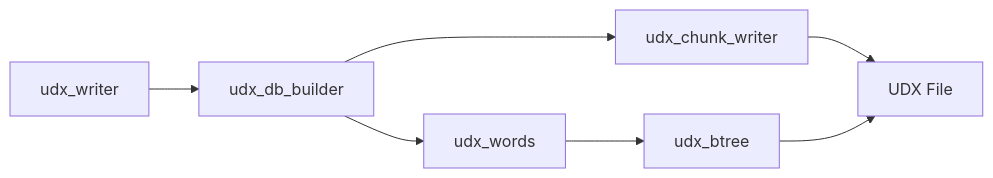
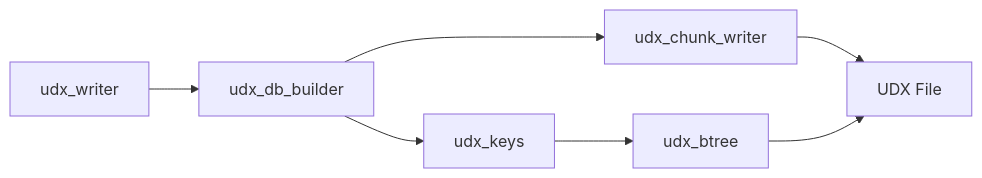
One commit to unidict/udx changed the second of 3 diagrams in docs/architecture.md. Above: the diagram before and after it, drawn with Mermaid. The commit also changed other lines of this file and 3 other files, not shown here.

````diff
--- a/docs/architecture.md
+++ b/docs/architecture.md
@@ -90,10 +90,10 @@
 ```mermaid
 %%{init: {"flowchart": {"diagramPadding": 150}}}%%
 graph LR
     A[udx_writer] --> B[udx_db_builder]
-    B --> C[udx_words]
+    B --> C[udx_keys]
     C --> D[udx_btree]
     B --> E[udx_chunk_writer]
     E --> F[UDX File]
     D --> F
 ```
````
